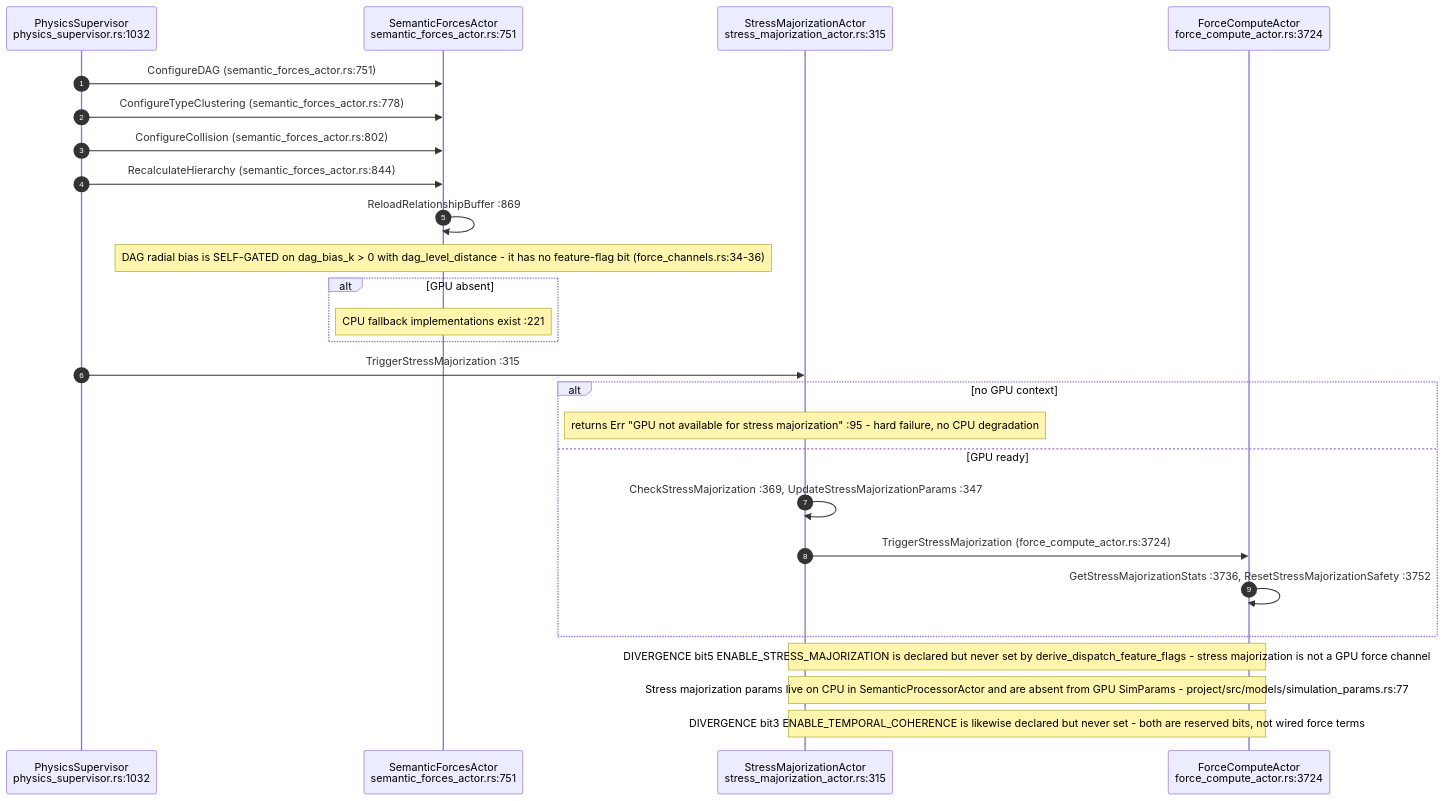
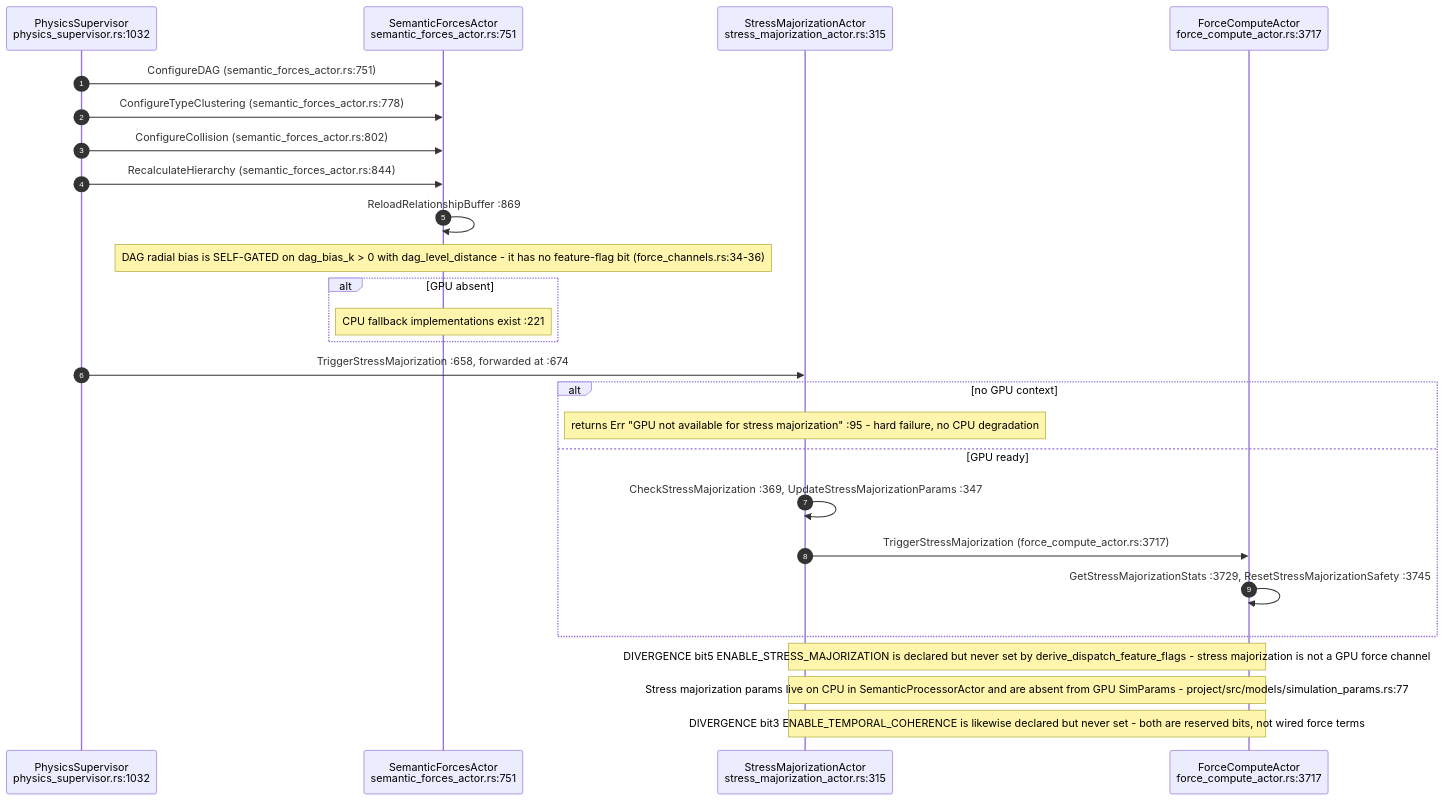
One commit to DreamLab-AI/VisionFlow changed the sixth of 8 diagrams in docs/diagrams/visionclaw/11-physics-step-and-force-channels.md. Above: the diagram before and after it, drawn with Mermaid. The commit also changed other lines of this file and 94 other files, not shown here.

First line of the commit message:
docs(diagrams): re-verify 130 topics against 2 October HEADs

````diff
--- a/docs/diagrams/visionclaw/11-physics-step-and-force-channels.md
+++ b/docs/diagrams/visionclaw/11-physics-step-and-force-channels.md
@@ -211,29 +215,29 @@
 ```mermaid
 sequenceDiagram
     autonumber
     participant PS as PhysicsSupervisor<br/>physics_supervisor.rs:1032
     participant SFA as SemanticForcesActor<br/>semantic_forces_actor.rs:751
     participant SMA as StressMajorizationActor<br/>stress_majorization_actor.rs:315
-    participant FCA as ForceComputeActor<br/>force_compute_actor.rs:3724
+    participant FCA as ForceComputeActor<br/>force_compute_actor.rs:3717
 
     PS->>SFA: ConfigureDAG (semantic_forces_actor.rs:751)
     PS->>SFA: ConfigureTypeClustering (semantic_forces_actor.rs:778)
     PS->>SFA: ConfigureCollision (semantic_forces_actor.rs:802)
     PS->>SFA: RecalculateHierarchy (semantic_forces_actor.rs:844)
     SFA->>SFA: ReloadRelationshipBuffer :869
     Note over SFA: DAG radial bias is SELF-GATED on dag_bias_k > 0 with dag_level_distance - it has no feature-flag bit (force_channels.rs:34-36)
     alt GPU absent
         Note over SFA: CPU fallback implementations exist :221
     end
-    PS->>SMA: TriggerStressMajorization :315
+    PS->>SMA: TriggerStressMajorization :658, forwarded at :674
     alt no GPU context
         Note over SMA: returns Err "GPU not available for stress majorization" :95 - hard failure, no CPU degradation
     else GPU ready
         SMA->>SMA: CheckStressMajorization :369, UpdateStressMajorizationParams :347
-        SMA->>FCA: TriggerStressMajorization (force_compute_actor.rs:3724)
-        FCA->>FCA: GetStressMajorizationStats :3736, ResetStressMajorizationSafety :3752
+        SMA->>FCA: TriggerStressMajorization (force_compute_actor.rs:3717)
+        FCA->>FCA: GetStressMajorizationStats :3729, ResetStressMajorizationSafety :3745
     end
     Note over SMA,FCA: DIVERGENCE bit5 ENABLE_STRESS_MAJORIZATION is declared but never set by derive_dispatch_feature_flags - stress majorization is not a GPU force channel
     Note over SMA,FCA: Stress majorization params live on CPU in SemanticProcessorActor and are absent from GPU SimParams - project/src/models/simulation_params.rs:77
     Note over SMA,FCA: DIVERGENCE bit3 ENABLE_TEMPORAL_COHERENCE is likewise declared but never set - both are reserved bits, not wired force terms
 ```
````
